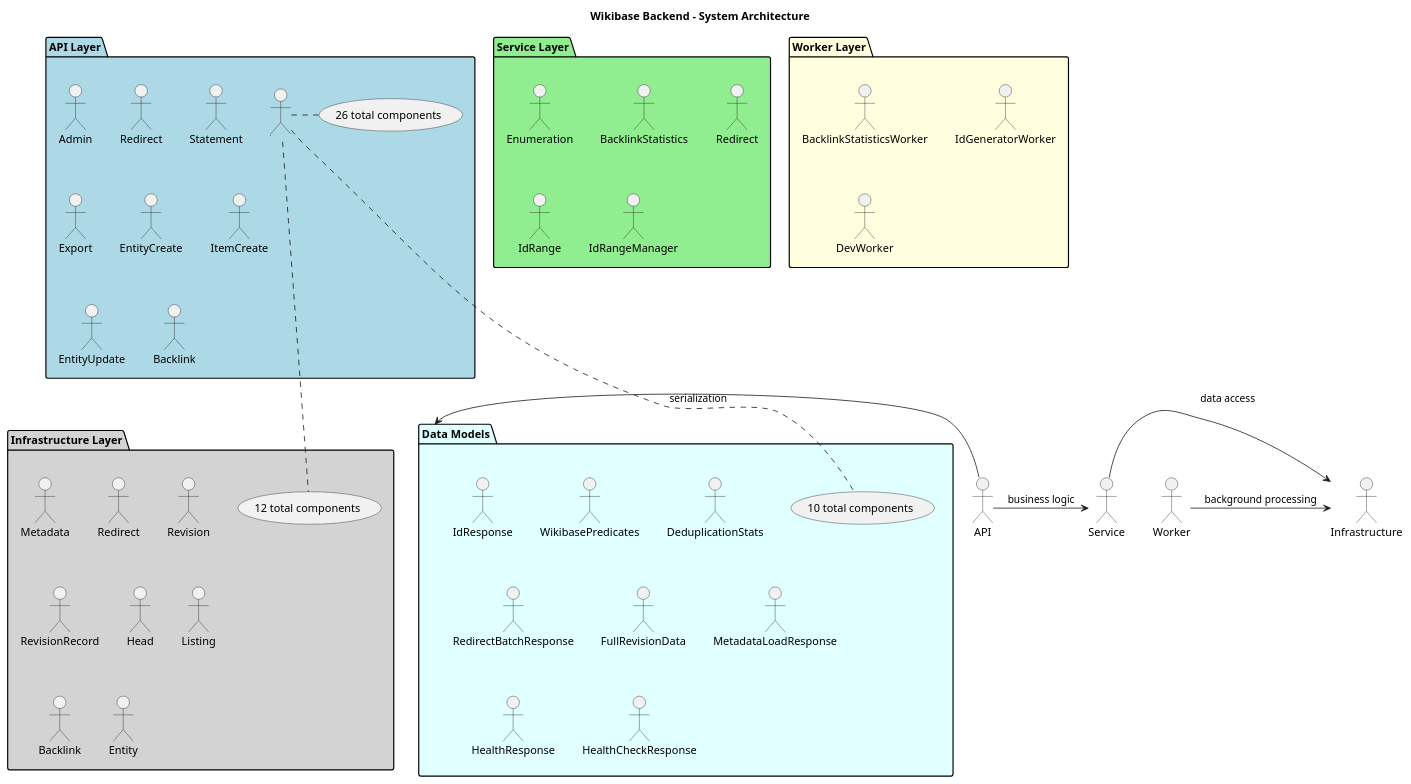
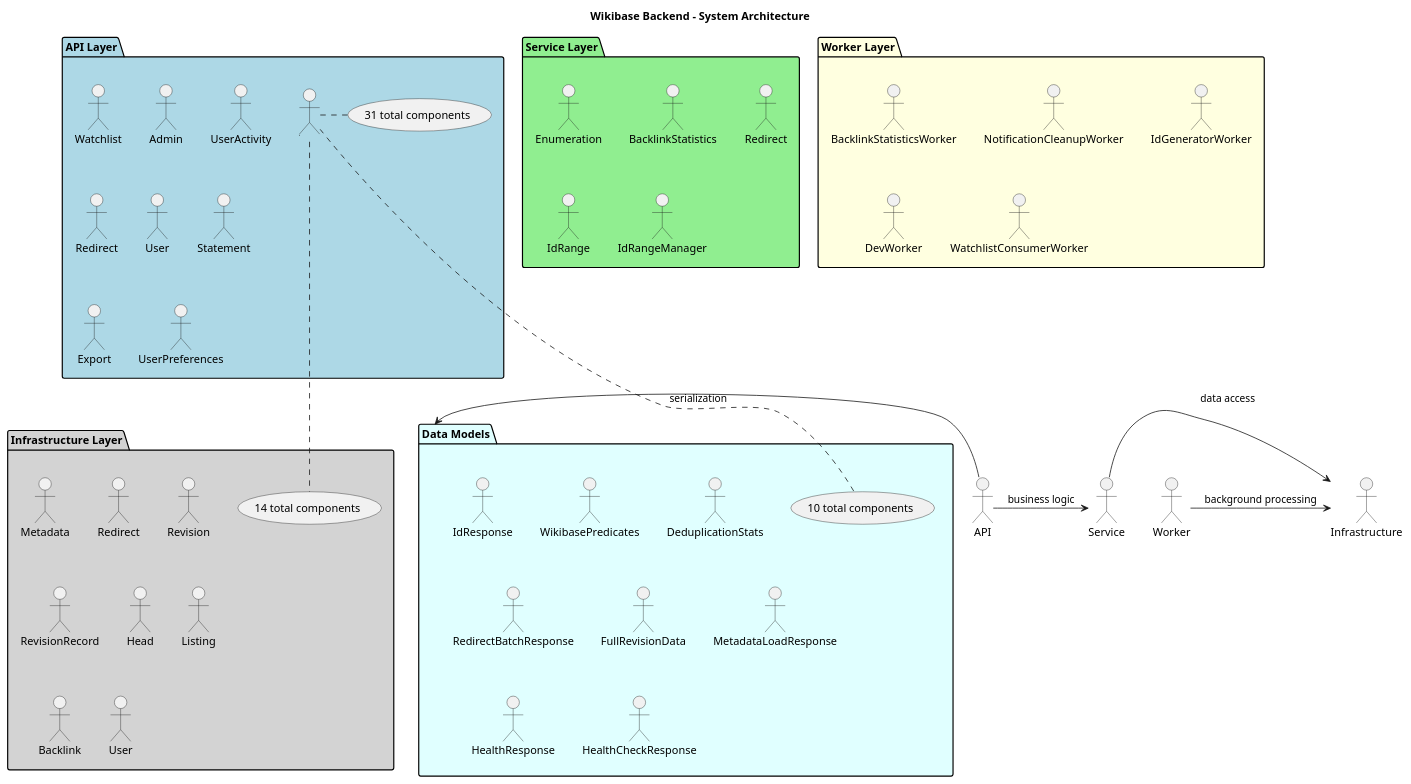
The diagram in doc/DIAGRAMS/system_architecture.puml (dpriskorn/entitybase-backend), drawn with PlantUML before and after one commit. The commit also changed 64 other files, not shown here.

Commit message:
feat: Add new watchlist support for entities and entity-property pairs. Also add new WIP script to calculate backlinks from statements.

```diff
--- a/doc/DIAGRAMS/system_architecture.puml
+++ b/doc/DIAGRAMS/system_architecture.puml
@@ -1,62 +1,64 @@
 @startuml System Architecture
 
 title Wikibase Backend - System Architecture
 
 package "API Layer" as APILayer #LightBlue {
+    "Watchlist" as WatchlistHandler
     "Admin" as AdminHandler
+    "UserActivity" as UserActivityHandler
     "Redirect" as RedirectHandler
+    "User" as UserHandler
     "Statement" as StatementHandler
     "Export" as ExportHandler
-    "EntityCreate" as EntityCreateHandler
-    "ItemCreate" as ItemCreateHandler
-    "EntityUpdate" as EntityUpdateHandler
-    "Backlink" as BacklinkHandler
-    ... (26 total components)
+    "UserPreferences" as UserPreferencesHandler
+    ... (31 total components)
 }
 
 package "Service Layer" as ServiceLayer #LightGreen {
     "Enumeration" as EnumerationService
     "BacklinkStatistics" as BacklinkStatisticsService
     "Redirect" as RedirectService
     "IdRange" as IdRange
     "IdRangeManager" as IdRangeManager
 }
 
 package "Worker Layer" as WorkerLayer #LightYellow {
     "BacklinkStatisticsWorker" as BacklinkStatisticsWorker
+    "NotificationCleanupWorker" as NotificationCleanupWorker
     "IdGeneratorWorker" as IdGeneratorWorker
     "DevWorker" as DevWorker
+    "WatchlistConsumerWorker" as WatchlistConsumerWorker
 }
 
 package "Infrastructure Layer" as InfrastructureLayer #LightGray {
     "Metadata" as MetadataRepository
     "Redirect" as RedirectRepository
     "Revision" as RevisionRepository
     "RevisionRecord" as RevisionRecord
     "Head" as HeadRepository
     "Listing" as ListingRepository
     "Backlink" as BacklinkRepository
-    "Entity" as EntityRepository
-    ... (12 total components)
+    "User" as UserRepository
+    ... (14 total components)
 }
 
 package "Data Models" as DataModels #LightCyan {
     "IdResponse" as IdResponse
     "WikibasePredicates" as WikibasePredicates
     "DeduplicationStats" as DeduplicationStats
     "RedirectBatchResponse" as RedirectBatchResponse
     "FullRevisionData" as FullRevisionData
     "MetadataLoadResponse" as MetadataLoadResponse
     "HealthResponse" as HealthResponse
     "HealthCheckResponse" as HealthCheckResponse
     ... (10 total components)
 }
 
 
 ' Relationships
 API -> Service : business logic
 Service -> Infrastructure : data access
 Worker -> Infrastructure : background processing
 API -> DataModels : serialization
 
 @enduml
```
